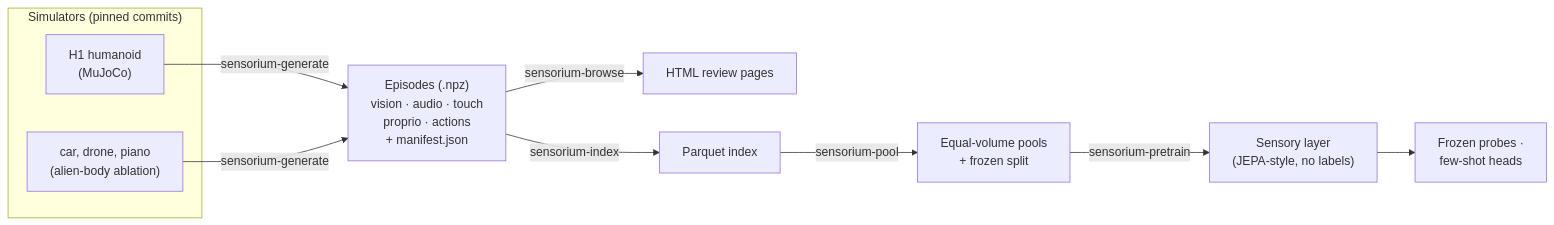
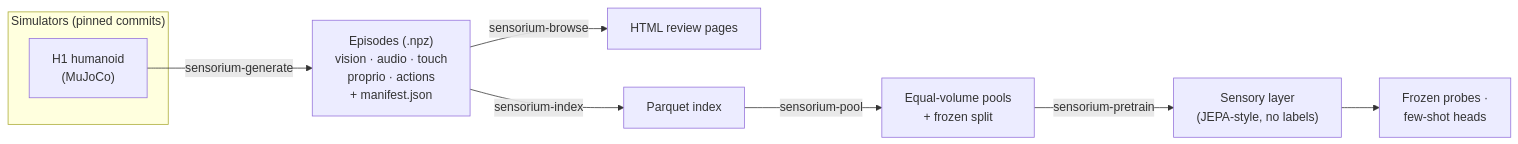
The diagram in README.md (pasinit/sensorium), drawn with Mermaid before and after one commit. The commit also changed other lines of this file and 9 other files, not shown here.

First line of the commit message:
docs: drop the alien-body ablation; the goal is one model across senses for one body

````diff
--- a/README.md
+++ b/README.md
@@ -13,13 +13,12 @@
 ```mermaid
 flowchart LR
   subgraph sims["Simulators (pinned commits)"]
     H1["H1 humanoid<br/>(MuJoCo)"]
-    ALT["car, drone, piano<br/>(alien-body ablation)"]
   end
-  H1 & ALT -->|sensorium-generate| EP["Episodes (.npz)<br/>vision · audio · touch<br/>proprio · actions<br/>+ manifest.json"]
+  H1 -->|sensorium-generate| EP["Episodes (.npz)<br/>vision · audio · touch<br/>proprio · actions<br/>+ manifest.json"]
   EP -->|sensorium-browse| HTML["HTML review pages"]
   EP -->|sensorium-index| IDX["Parquet index"]
   IDX -->|sensorium-pool| POOL["Equal-volume pools<br/>+ frozen split"]
   POOL -->|sensorium-pretrain| SL["Sensory layer<br/>(JEPA-style, no labels)"]
   SL --> EVAL["Frozen probes ·<br/>few-shot heads"]
 ```
````
